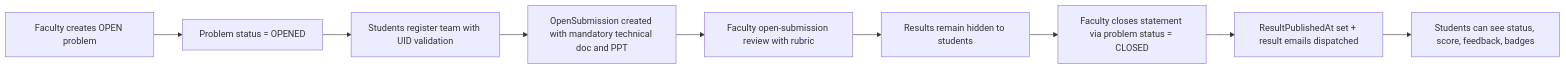
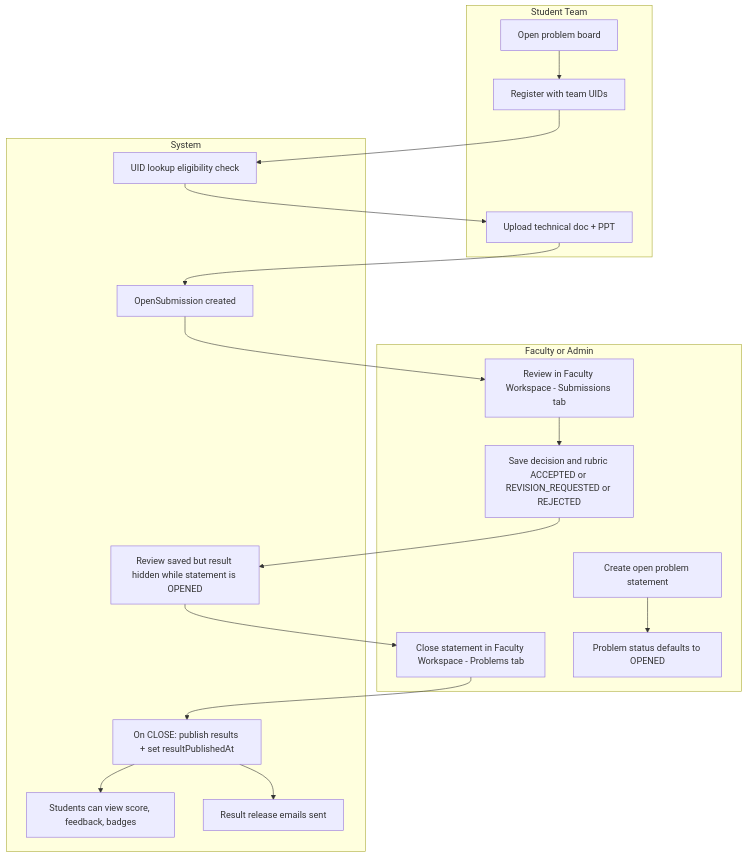
Before and after one commit to Newer1107/CoE-Main: the sixth of 9 diagrams in README.md, drawn with Mermaid. The commit also changed other lines of this file and 1 other file, not shown here.

Commit message:
feat: replace "Register for Access" link with button to switch to student registration mode

````diff
--- a/README.md
+++ b/README.md
@@ -196,11 +225,38 @@
 ```mermaid
-flowchart LR
-  FP[Faculty creates OPEN problem] --> OP[Problem status = OPENED]
-  OP --> REG[Students register team with UID validation]
-  REG --> SUB[OpenSubmission created with mandatory technical doc and PPT]
-  SUB --> RV[Faculty open-submission review with rubric]
-  RV --> HOLD[Results remain hidden to students]
-  HOLD --> CL[Faculty closes statement via problem status = CLOSED]
-  CL --> PUB[ResultPublishedAt set + result emails dispatched]
-  PUB --> ST[Students can see status, score, feedback, badges]
+flowchart TD
+  subgraph FAC[Faculty or Admin]
+    OP1[Create open problem statement]
+    OP2[Problem status defaults to OPENED]
+    OP3[Review in Faculty Workspace - Submissions tab]
+    OP4[Save decision and rubric ACCEPTED or REVISION_REQUESTED or REJECTED]
+    OP5[Close statement in Faculty Workspace - Problems tab]
+  end
+
+  subgraph STU[Student Team]
+    OS1[Open problem board]
+    OS2[Register with team UIDs]
+    OS3[Upload technical doc + PPT]
+  end
+
+  subgraph SYS[System]
+    OY1[UID lookup eligibility check]
+    OY2[OpenSubmission created]
+    OY3[Review saved but result hidden while statement is OPENED]
+    OY4[On CLOSE: publish results + set resultPublishedAt]
+    OY5[Students can view score, feedback, badges]
+    OY6[Result release emails sent]
+  end
+
+  OP1 --> OP2
+  OS1 --> OS2
+  OS2 --> OY1
+  OY1 --> OS3
+  OS3 --> OY2
+  OY2 --> OP3
+  OP3 --> OP4
+  OP4 --> OY3
+  OY3 --> OP5
+  OP5 --> OY4
+  OY4 --> OY5
+  OY4 --> OY6
 ```
````
